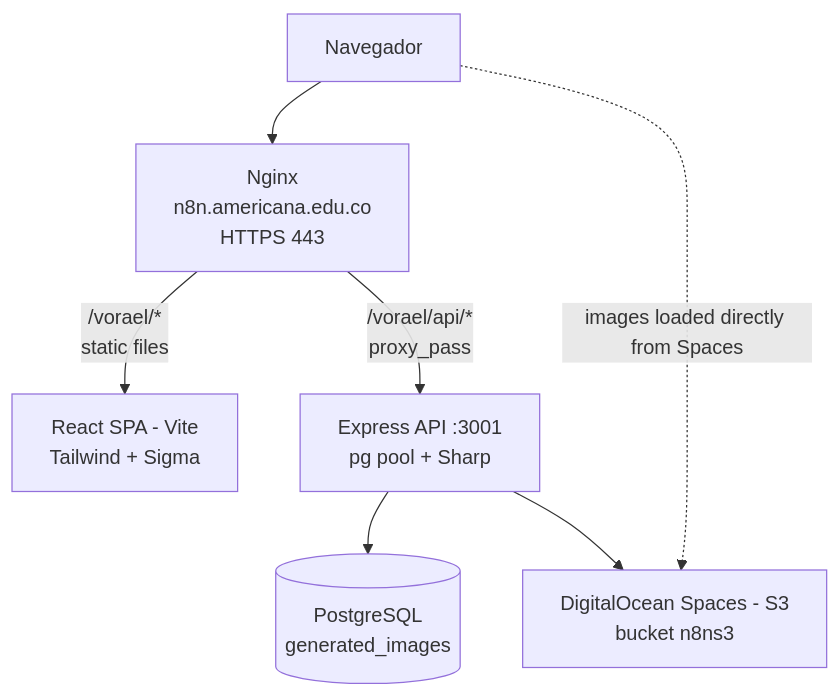
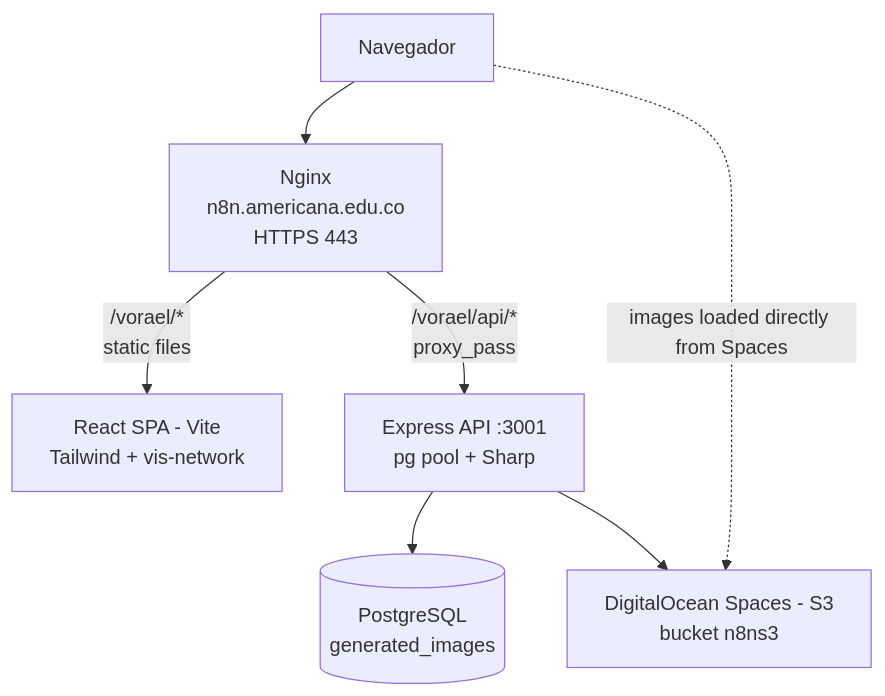
The first of 4 diagrams in ARQUITECTURA.md (SenzaNomeca/Buscador-IA-con-grafos), drawn with Mermaid before and after one commit. The commit also changed other lines of this file and 11 other files, not shown here.

````diff
--- a/ARQUITECTURA.md
+++ b/ARQUITECTURA.md
@@ -62,9 +65,9 @@
 ```mermaid
 flowchart TD
     Browser[Navegador] --> Nginx[Nginx\nn8n.americana.edu.co\nHTTPS 443]
-    Nginx --> |"/vorael/*\nstatic files"| SPA[React SPA - Vite\nTailwind + Sigma]
+    Nginx --> |"/vorael/*\nstatic files"| SPA[React SPA - Vite\nTailwind + vis-network]
     Nginx --> |"/vorael/api/*\nproxy_pass"| API[Express API :3001\npg pool + Sharp]
     API --> PostgreSQL[(PostgreSQL\ngenerated_images)]
     API --> S3[DigitalOcean Spaces - S3\nbucket n8ns3]
     Browser -.-> |images loaded directly from Spaces| S3
 ```
````
